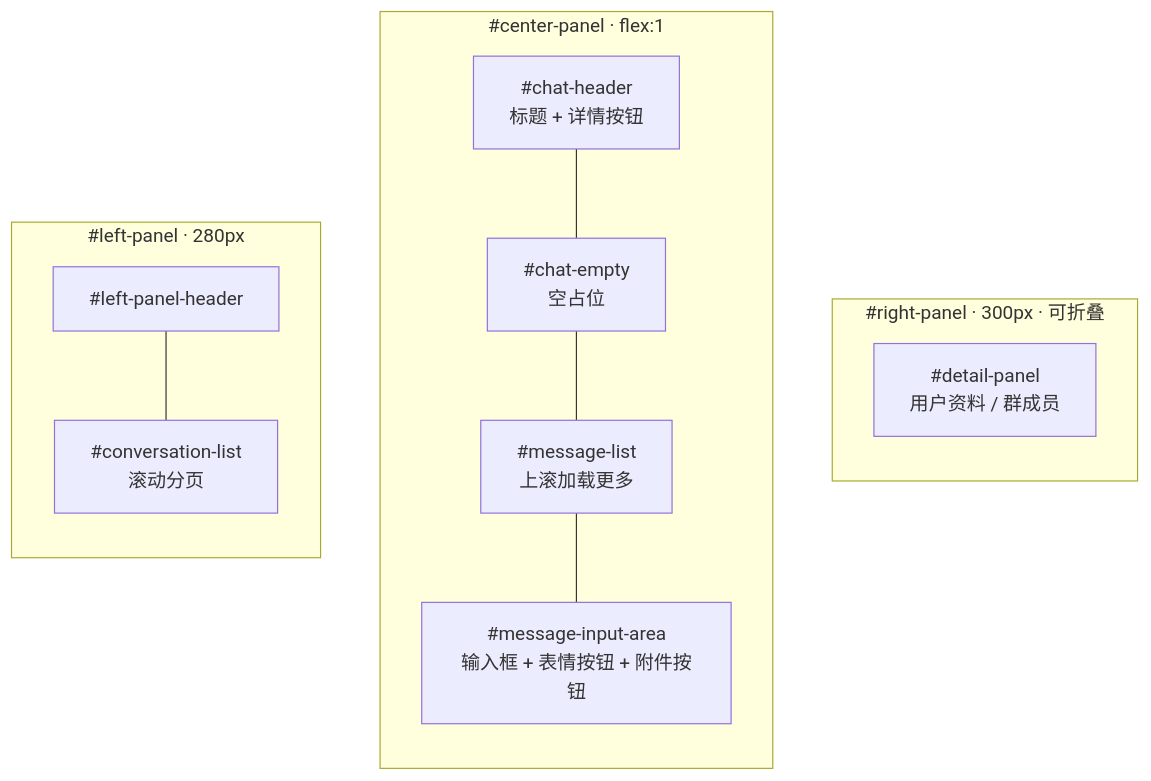
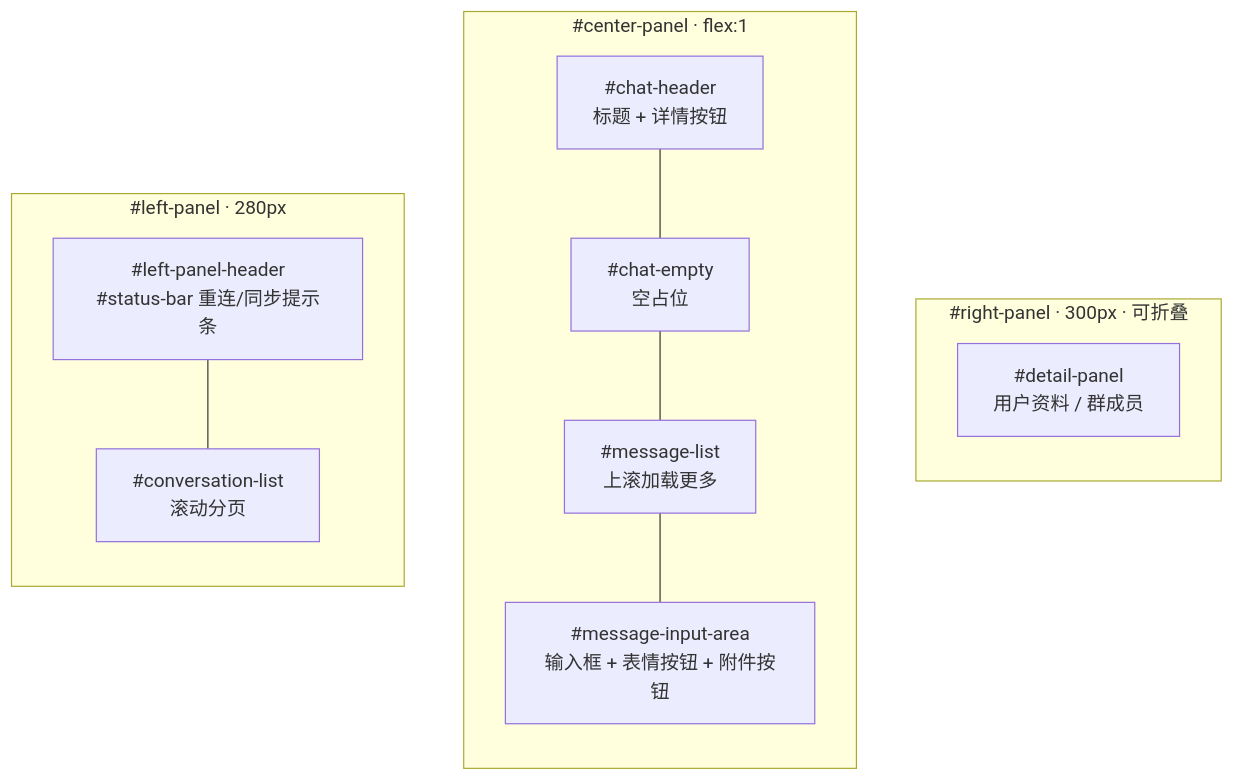
The first of 3 diagrams in docs/frontend/UI设计方案.md (dacez/yimsg), drawn with Mermaid before and after one commit. The commit also changed other lines of this file and 4 other files, not shown here.

````diff
--- a/docs/frontend/UI设计方案.md
+++ b/docs/frontend/UI设计方案.md
@@ -143,24 +142,24 @@
 ```mermaid
 graph LR
     subgraph 左栏["#left-panel · 280px"]
         direction TB
-        L1["#left-panel-header"]
+        L1["#left-panel-header<br/>#status-bar 重连/同步提示条"]
         L2["#conversation-list<br/>滚动分页"]
         L1 --- L2
     end
 
     subgraph 中栏["#center-panel · flex:1"]
         direction TB
         C1["#chat-header<br/>标题 + 详情按钮"]
         C2["#chat-empty<br/>空占位"]
         C3["#message-list<br/>上滚加载更多"]
         C4["#message-input-area<br/>输入框 + 表情按钮 + 附件按钮"]
         C1 --- C2 --- C3 --- C4
     end
 
     subgraph 右栏["#right-panel · 300px · 可折叠"]
         R1["#detail-panel<br/>用户资料 / 群成员"]
     end
 
     左栏 ~~~ 中栏 ~~~ 右栏
 ```
````
